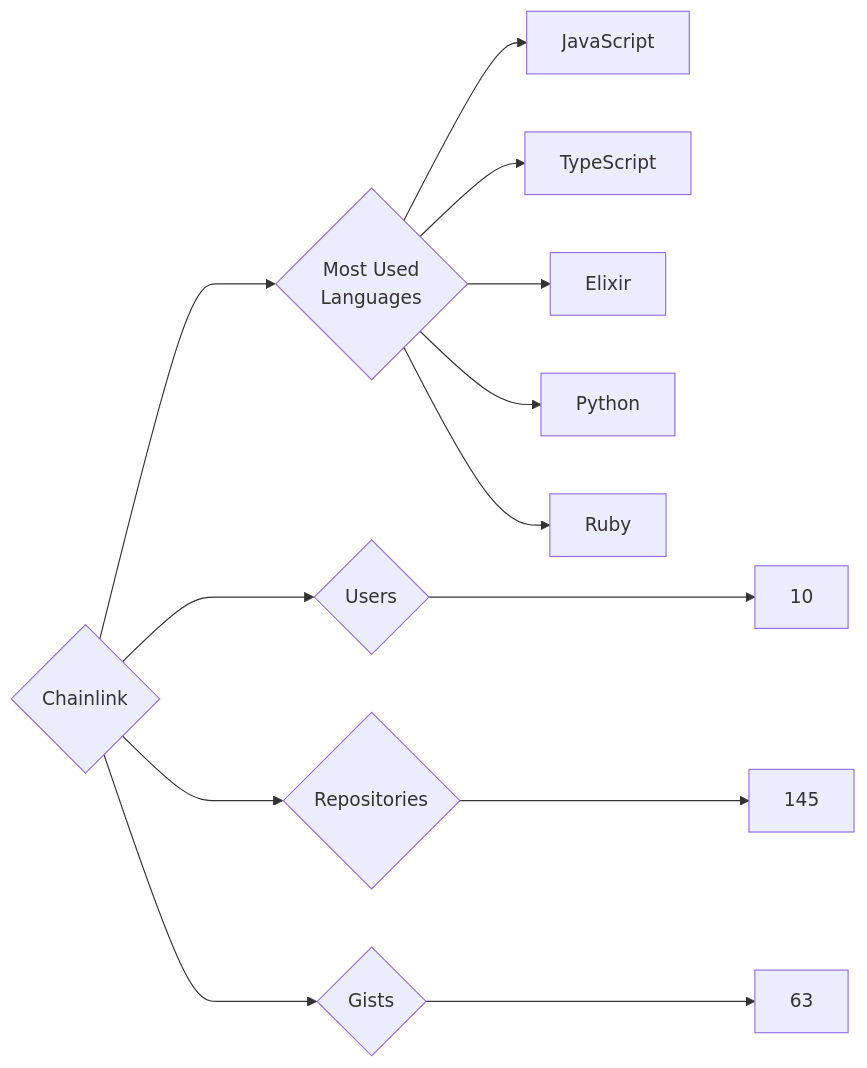
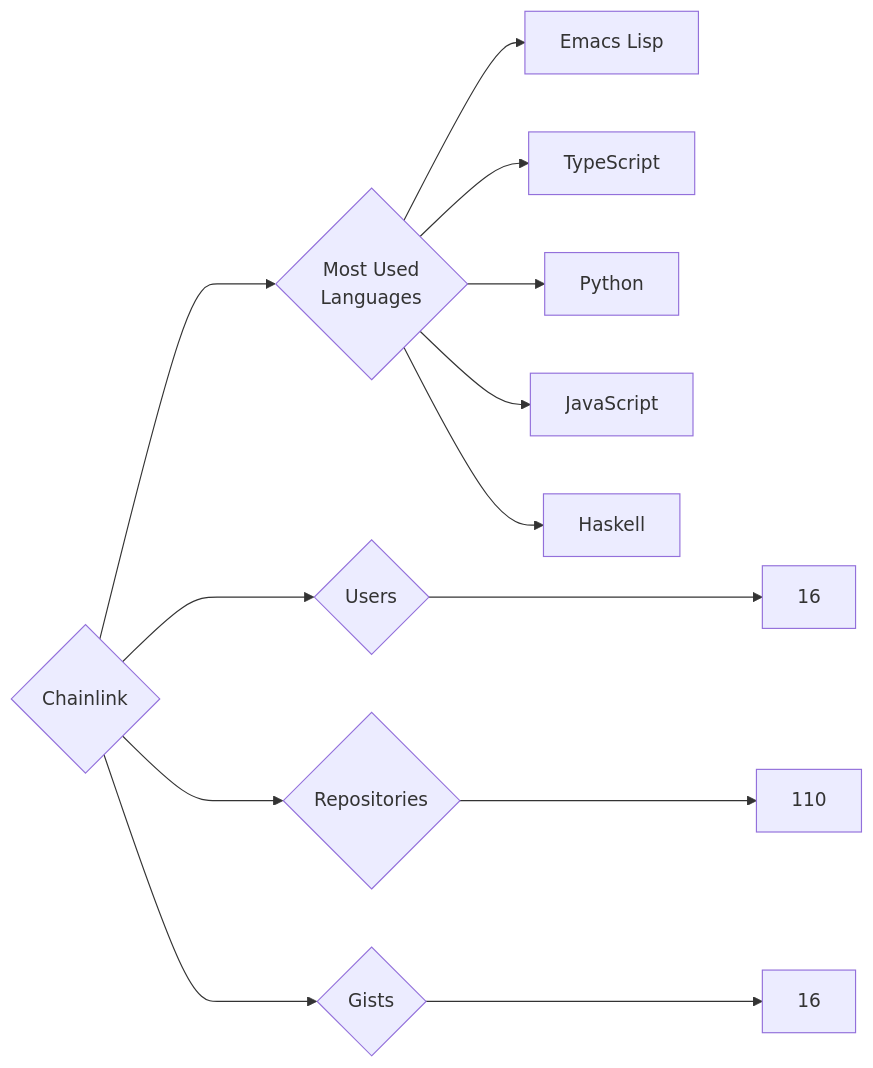
One commit to trickest/insiders changed the diagram in targets/Chainlink/README.md. Above: the diagram before and after it, drawn with Mermaid. The commit also changed 1088 other files, not shown here.

````diff
--- a/targets/Chainlink/README.md
+++ b/targets/Chainlink/README.md
@@ -3,13 +3,13 @@
 ```mermaid
 graph LR
 COMPANY_NAME{Chainlink}
-COMPANY_NAME ---> U{Users} ---> UN[10]
-COMPANY_NAME ---> R{Repositories} ---> RN[145]
-COMPANY_NAME ---> G{Gists} ---> GN[63]
+COMPANY_NAME ---> U{Users} ---> UN[16]
+COMPANY_NAME ---> R{Repositories} ---> RN[110]
+COMPANY_NAME ---> G{Gists} ---> GN[16]
 COMPANY_NAME ---> ML{Most Used<br>Languages}
+ML --> Emacs_Lisp[Emacs Lisp]
+ML --> TypeScript[TypeScript]
+ML --> Python[Python]
 ML --> JavaScript[JavaScript]
-ML --> TypeScript[TypeScript]
-ML --> Elixir[Elixir]
-ML --> Python[Python]
-ML --> Ruby[Ruby]
+ML --> Haskell[Haskell]
 ```
````
